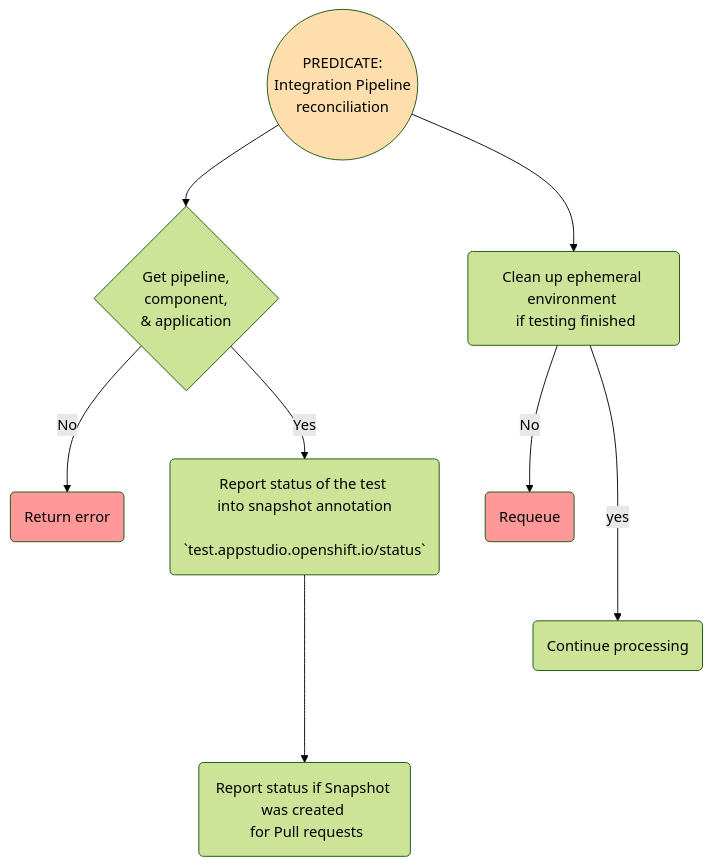
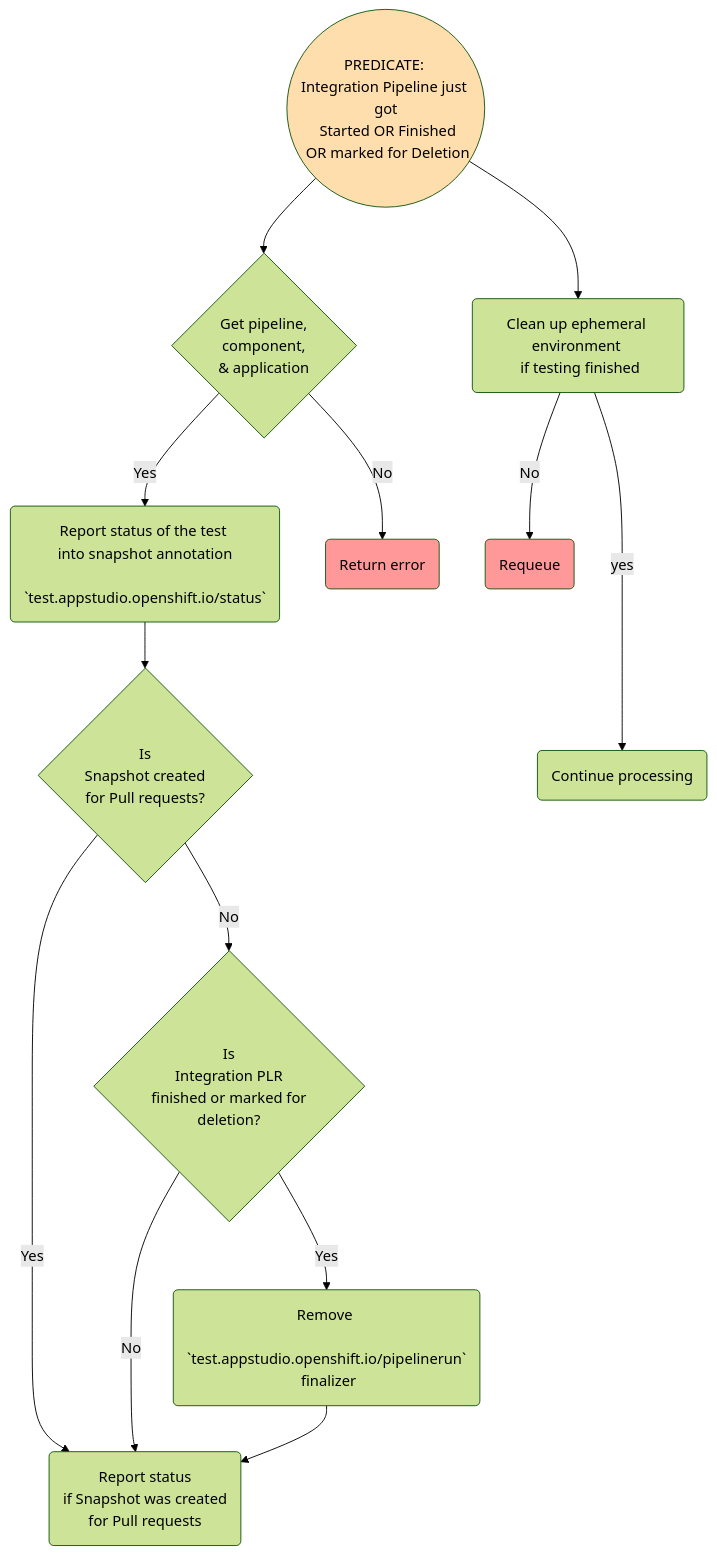
Before and after one commit to konflux-ci/integration-service: the diagram in docs/integration_pipeline_controller.md, drawn with Mermaid. The commit also changed 5 other files, not shown here.

First line of the commit message:
feat(STONEINTG-599): update the controller diagrams

````diff
--- a/docs/integration_pipeline_controller.md
+++ b/docs/integration_pipeline_controller.md
@@ -3,33 +3,41 @@
 ```mermaid
 
 %%{init: {'theme':'forest'}}%%
 flowchart TD
   %% Defining the styles
   classDef Red fill:#FF9999;
   classDef Amber fill:#FFDEAD;
   classDef Green fill:#BDFFA4;
 
   %% Node definitions
-  predicate((PREDICATE: <br>Integration Pipeline <br> reconciliation))
+  predicate((PREDICATE: <br>Integration Pipeline just got<br> Started OR Finished<br> OR marked for Deletion))
   get_resources{Get pipeline, <br> component, <br> & application}
   report_status_snapshot(Report status of the test <br> into snapshot annotation <br> `test.appstudio.openshift.io/status`)
-  report_status(Report status if Snapshot was created <br> for Pull requests)
+  report_status(Report status <br> if Snapshot was created <br> for Pull requests)
+  is_snapshot_of_pr_event{Is <br> Snapshot created<br> for Pull requests?}
+  is_plr_finished_or_getting_deleted{Is <br> Integration PLR <br> finished or marked for<br> deletion?}
+  remove_finalizer(Remove <br> `test.appstudio.openshift.io/pipelinerun`<br> finalizer)
   clean_environment(Clean up ephemeral environment <br> if testing finished)
   error(Return error)
   requeue(Requeue)
   continue(Continue processing)
 
   %% Node connections
   predicate                                   --> get_resources
   predicate                                   --> clean_environment
   get_resources     --No                      --> error
   get_resources     --Yes                     --> report_status_snapshot
-  report_status_snapshot                    ----> report_status
+  report_status_snapshot                      --> is_snapshot_of_pr_event
+  is_snapshot_of_pr_event            --Yes    --> report_status
+  is_snapshot_of_pr_event            --No     --> is_plr_finished_or_getting_deleted
+  is_plr_finished_or_getting_deleted --Yes    --> remove_finalizer
+  is_plr_finished_or_getting_deleted --No     --> report_status
+  remove_finalizer                            --> report_status
   clean_environment --No                      --> requeue
   clean_environment --yes                     ---> continue
 
   %% Assigning styles to nodes
   class predicate Amber;
   class error,requeue Red;
 
  ```
````
